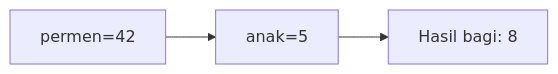
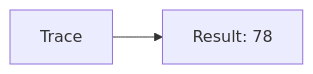
The seventh of 25 diagrams in part-c-pemahaman-cpp/01-tipe-data/latihan/set-07.md (amnahwaida/OSNK_INF_PREP), drawn with Mermaid before and after one commit. The commit also changed other lines of this file and 71 other files, not shown here.

````diff
--- a/part-c-pemahaman-cpp/01-tipe-data/latihan/set-07.md
+++ b/part-c-pemahaman-cpp/01-tipe-data/latihan/set-07.md
@@ -280,5 +148,4 @@
 ```mermaid
 graph LR
-A["permen=42"] --> B["anak=5"]
-B --> C["Hasil bagi: 8"]
+A[Trace] --> B[Result: 78]
 ```
````
